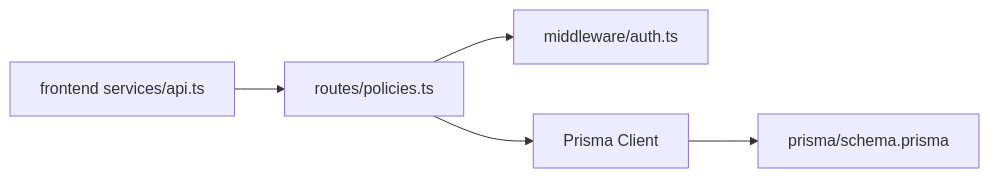
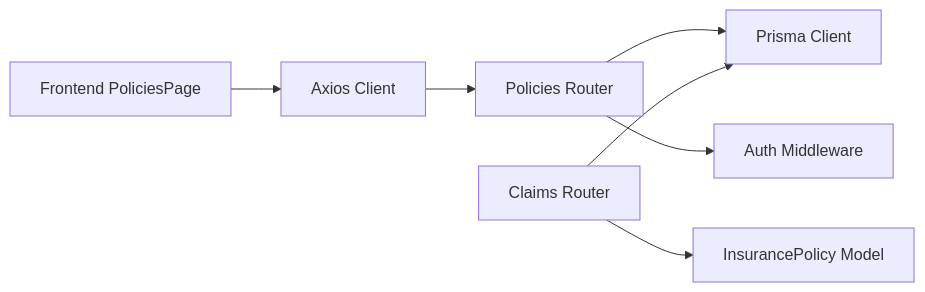
One commit to NaveenHiranya/Smart-Vehicle-Insurance-Claim-System changed the fourth of 5 diagrams in .qoder/repowiki/en/content/API Reference/Policies API.md. Above: the diagram before and after it, drawn with Mermaid. The commit also changed other lines of this file and 183 other files, not shown here.

````diff
--- a/.qoder/repowiki/en/content/API Reference/Policies API.md
+++ b/.qoder/repowiki/en/content/API Reference/Policies API.md
@@ -334,7 +307,9 @@
 ```mermaid
 graph LR
-PoliciesRoute["routes/policies.ts"] --> AuthMW["middleware/auth.ts"]
-PoliciesRoute --> Prisma["Prisma Client"]
-Prisma --> Schema["prisma/schema.prisma"]
-FrontendAPI["frontend services/api.ts"] --> PoliciesRoute
+PoliciesRouter["Policies Router"] --> Prisma["Prisma Client"]
+PoliciesRouter --> AuthMiddleware["Auth Middleware"]
+ClaimsRouter["Claims Router"] --> Prisma
+ClaimsRouter --> PoliciesModel["InsurancePolicy Model"]
+Frontend["Frontend PoliciesPage"] --> Axios["Axios Client"]
+Axios --> PoliciesRouter
 ```
````
